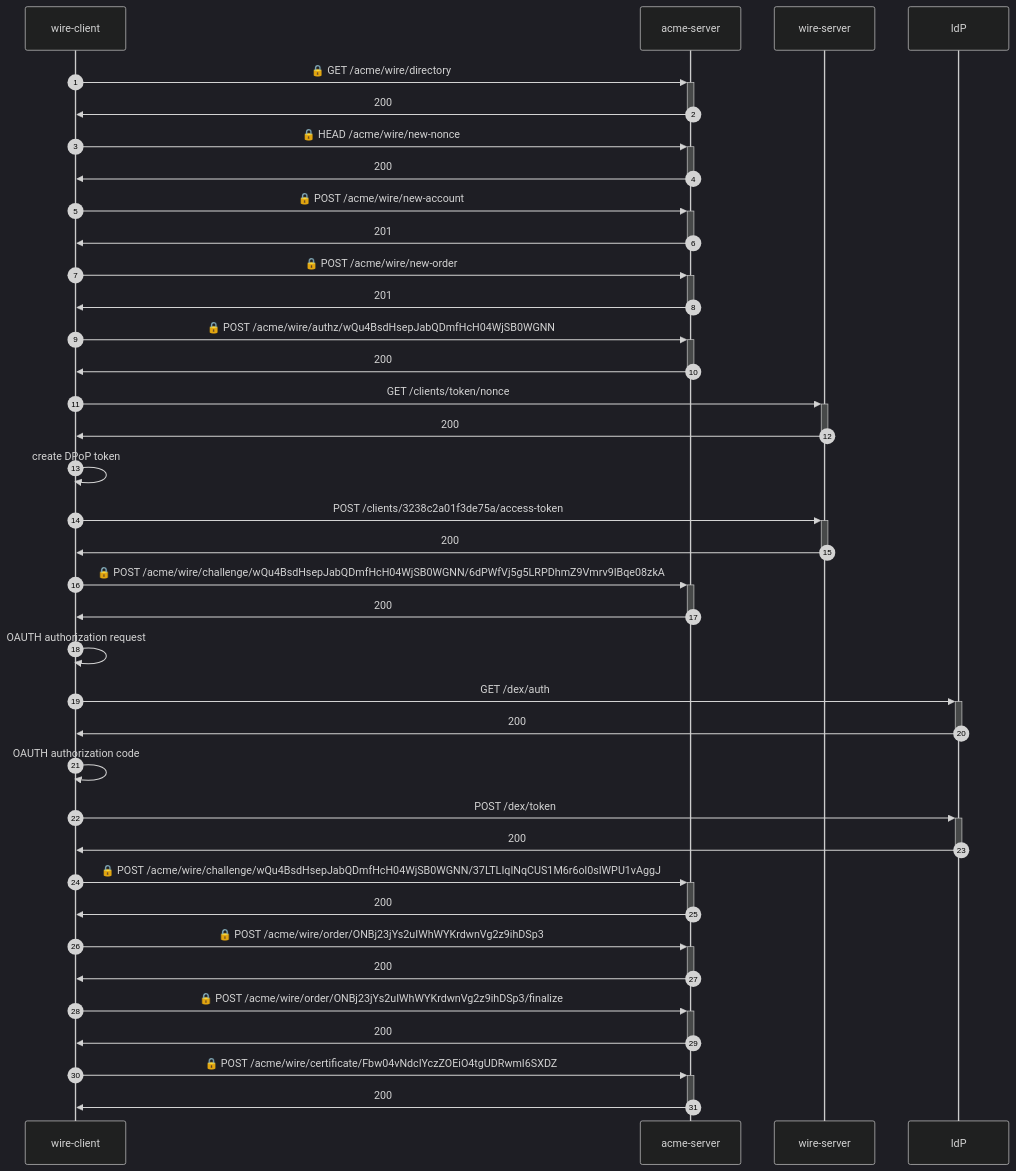
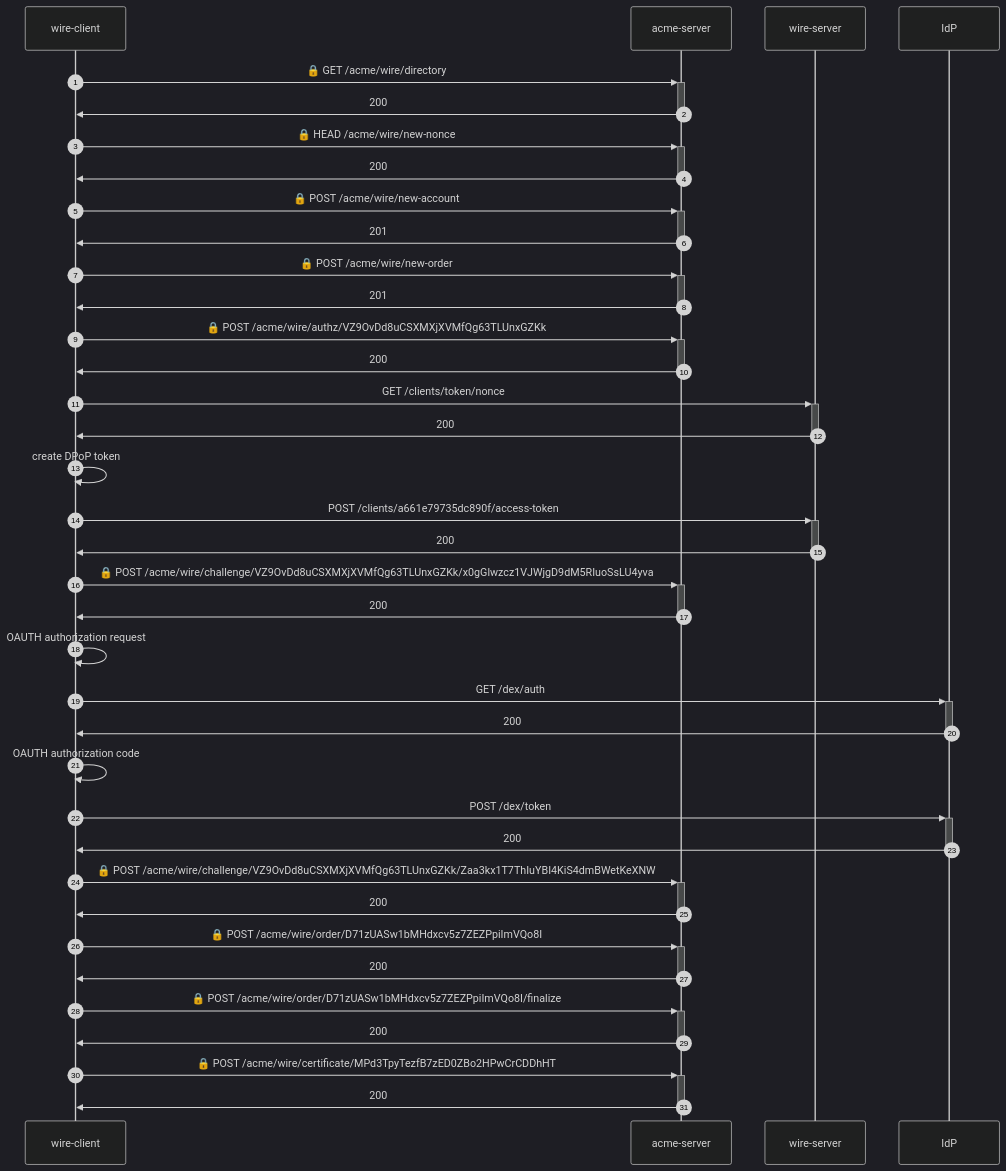
The diagram in e2e-identity/README.md (wireapp/rusty-jwt-tools), drawn with Mermaid (dark theme) before and after one commit. The commit also changed other lines of this file and 2 other files, not shown here.

Commit message:
fix: nominal e2e test was failing due to an incorrect OID for display name in CSR used in ACME server

````diff
--- a/e2e-identity/README.md
+++ b/e2e-identity/README.md
@@ -3,35 +3,35 @@
 ```mermaid
 sequenceDiagram
     autonumber
     wire-client->>+acme-server: 🔒 GET /acme/wire/directory
     acme-server->>-wire-client: 200
     wire-client->>+acme-server: 🔒 HEAD /acme/wire/new-nonce
     acme-server->>-wire-client: 200
     wire-client->>+acme-server: 🔒 POST /acme/wire/new-account
     acme-server->>-wire-client: 201
     wire-client->>+acme-server: 🔒 POST /acme/wire/new-order
     acme-server->>-wire-client: 201
-    wire-client->>+acme-server: 🔒 POST /acme/wire/authz/wQu4BsdHsepJabQDmfHcH04WjSB0WGNN
+    wire-client->>+acme-server: 🔒 POST /acme/wire/authz/VZ9OvDd8uCSXMXjXVMfQg63TLUnxGZKk
     acme-server->>-wire-client: 200
     wire-client->>+wire-server:  GET /clients/token/nonce
     wire-server->>-wire-client: 200
     wire-client->>wire-client: create DPoP token
-    wire-client->>+wire-server:  POST /clients/3238c2a01f3de75a/access-token
+    wire-client->>+wire-server:  POST /clients/a661e79735dc890f/access-token
     wire-server->>-wire-client: 200
-    wire-client->>+acme-server: 🔒 POST /acme/wire/challenge/wQu4BsdHsepJabQDmfHcH04WjSB0WGNN/6dPWfVj5g5LRPDhmZ9Vmrv9IBqe08zkA
+    wire-client->>+acme-server: 🔒 POST /acme/wire/challenge/VZ9OvDd8uCSXMXjXVMfQg63TLUnxGZKk/x0gGlwzcz1VJWjgD9dM5RIuoSsLU4yva
     acme-server->>-wire-client: 200
     wire-client->>wire-client: OAUTH authorization request
     wire-client->>+IdP:  GET /dex/auth
     IdP->>-wire-client: 200
     wire-client->>wire-client: OAUTH authorization code
     wire-client->>+IdP:  POST /dex/token
     IdP->>-wire-client: 200
-    wire-client->>+acme-server: 🔒 POST /acme/wire/challenge/wQu4BsdHsepJabQDmfHcH04WjSB0WGNN/37LTLIqINqCUS1M6r6ol0sIWPU1vAggJ
+    wire-client->>+acme-server: 🔒 POST /acme/wire/challenge/VZ9OvDd8uCSXMXjXVMfQg63TLUnxGZKk/Zaa3kx1T7ThIuYBI4KiS4dmBWetKeXNW
     acme-server->>-wire-client: 200
-    wire-client->>+acme-server: 🔒 POST /acme/wire/order/ONBj23jYs2uIWhWYKrdwnVg2z9ihDSp3
+    wire-client->>+acme-server: 🔒 POST /acme/wire/order/D71zUASw1bMHdxcv5z7ZEZPpiImVQo8I
     acme-server->>-wire-client: 200
-    wire-client->>+acme-server: 🔒 POST /acme/wire/order/ONBj23jYs2uIWhWYKrdwnVg2z9ihDSp3/finalize
+    wire-client->>+acme-server: 🔒 POST /acme/wire/order/D71zUASw1bMHdxcv5z7ZEZPpiImVQo8I/finalize
     acme-server->>-wire-client: 200
-    wire-client->>+acme-server: 🔒 POST /acme/wire/certificate/Fbw04vNdcIYczZOEiO4tgUDRwmI6SXDZ
+    wire-client->>+acme-server: 🔒 POST /acme/wire/certificate/MPd3TpyTezfB7zED0ZBo2HPwCrCDDhHT
     acme-server->>-wire-client: 200
 ```
````
